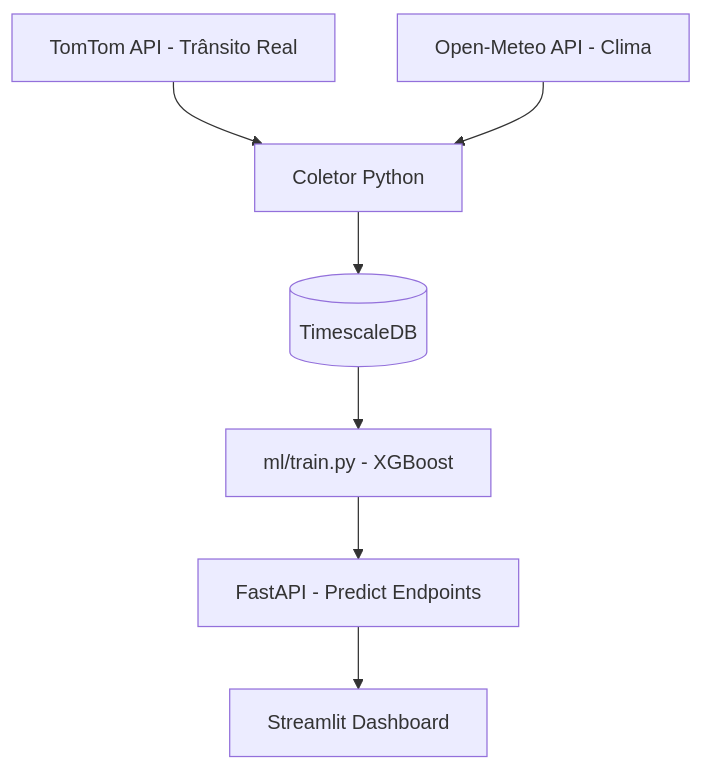
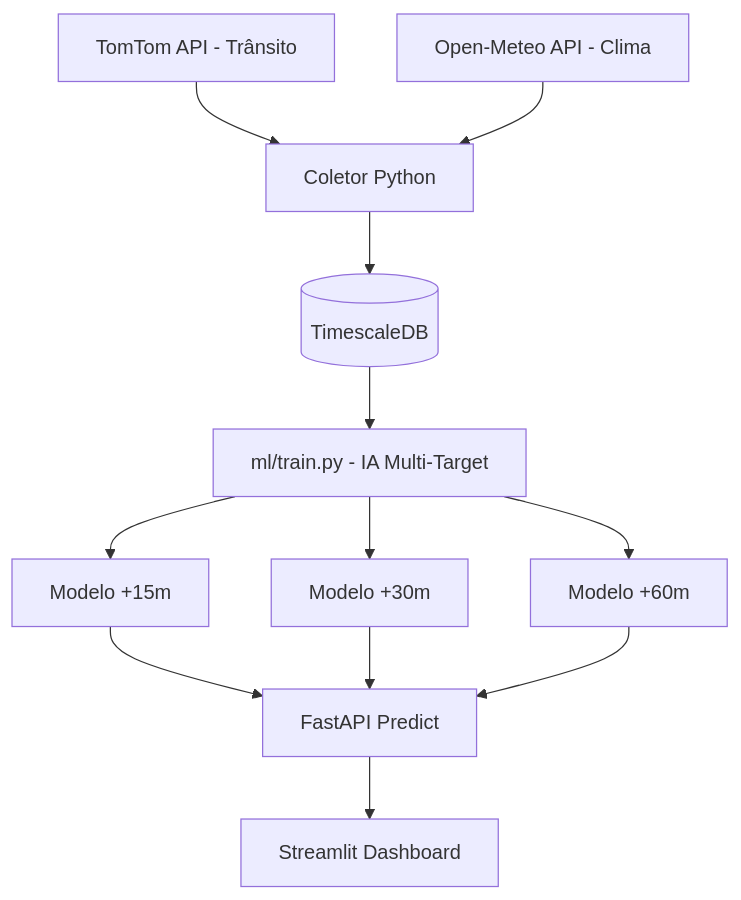
Before and after one commit to davialves1820/Mobilidade-Joao-Pessoa: the diagram in README.md, drawn with Mermaid. The commit also changed other lines of this file and 7 other files, not shown here.

````diff
--- a/README.md
+++ b/README.md
@@ -32,9 +28,12 @@
 ```mermaid
 graph TD
-    A[TomTom API - Trânsito Real] --> E[Coletor Python]
+    A[TomTom API - Trânsito] --> E[Coletor Python]
     B[Open-Meteo API - Clima] --> E
     E --> F[(TimescaleDB)]
-    F --> G[ml/train.py - XGBoost]
-    G --> H[FastAPI - Predict Endpoints]
-    H --> I[Streamlit Dashboard]
+    F --> G[ml/train.py - IA Multi-Target]
+    G --> H1[Modelo +15m]
+    G --> H2[Modelo +30m]
+    G --> H3[Modelo +60m]
+    H1 & H2 & H3 --> I[FastAPI Predict]
+    I --> J[Streamlit Dashboard]
 ```
````
